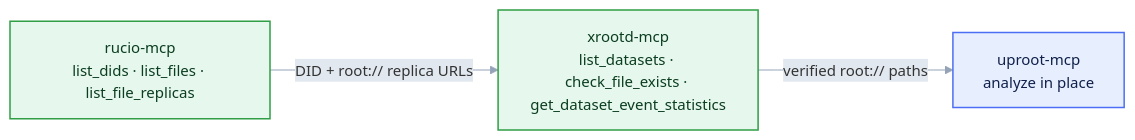
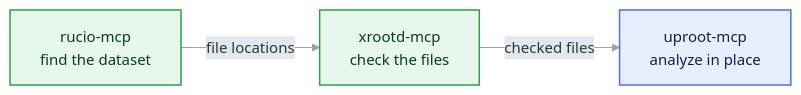
Before and after one commit to eic/tutorial-mcp: the second of 2 diagrams in episodes/03-mcp-servers.md, drawn with Mermaid. The commit also changed other lines of this file and 16 other files, not shown here.

````diff
--- a/episodes/03-mcp-servers.md
+++ b/episodes/03-mcp-servers.md
@@ -225,10 +140,10 @@
 ```mermaid
 %%{init: {'theme':'base', 'themeVariables': {'fontSize':'15px','lineColor':'#94a3b8','edgeLabelBackground':'#e2e8f0','clusterBkg':'#1f293720','clusterBorder':'#94a3b8','titleColor':'#94a3b8'}}}%%
 flowchart LR
     accTitle: {EIC MCP data tools}
     accDescr: {EIC MCP data tools}
-    R["rucio-mcp<br/>list_dids · list_files · list_file_replicas"]:::tool -->|"DID + root:// replica URLs"| X["xrootd-mcp<br/>list_datasets · check_file_exists · get_dataset_event_statistics"]:::tool
-    X -->|"verified root:// paths"| U["uproot-mcp<br/>analyze in place"]:::core
+    R["rucio-mcp<br/>find the dataset"]:::tool -->|"file locations"| X["xrootd-mcp<br/>check the files"]:::tool
+    X -->|"checked files"| U["uproot-mcp<br/>analyze in place"]:::core
     classDef tool fill:#e6f7ed,stroke:#2f9e44,stroke-width:1.5px,color:#0b3d1f;
     classDef core fill:#e7efff,stroke:#4c6ef5,stroke-width:1.5px,color:#10204a;
 ```
````
